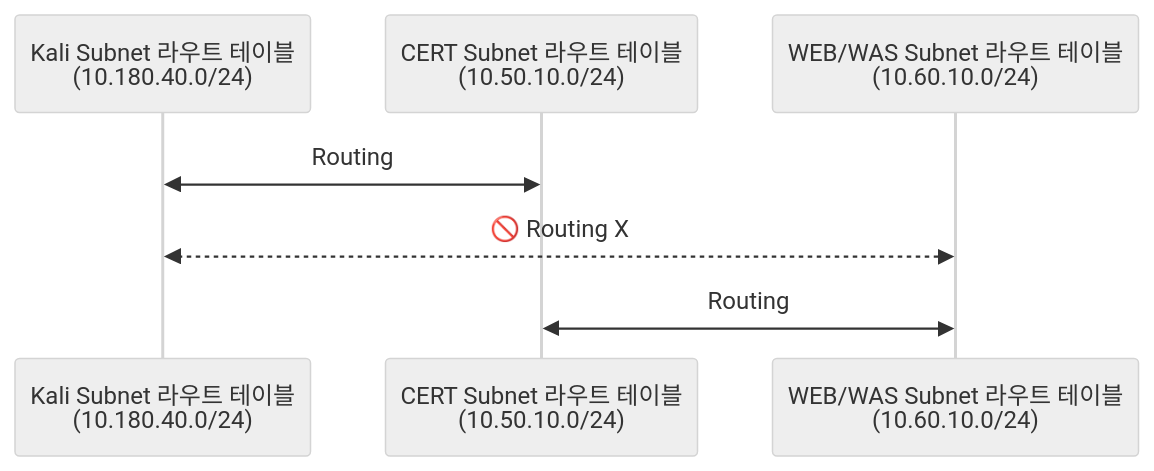
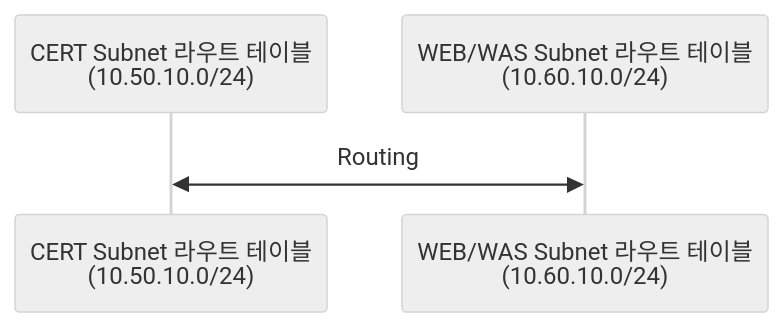
One commit to kintoun-secops/kintoun-infra changed the second of 3 diagrams in docs/modules/platform/connectivity.md. Above: the diagram before and after it, drawn with Mermaid (neutral theme). The commit also changed other lines of this file and 17 other files, not shown here.

````diff
--- a/docs/modules/platform/connectivity.md
+++ b/docs/modules/platform/connectivity.md
@@ -32,10 +26,7 @@
 ```mermaid
 sequenceDiagram
-    participant SUB1 as Kali Subnet 라우트 테이블<br/>(10.180.40.0/24)
     participant SUB3 as CERT Subnet 라우트 테이블<br/>(10.50.10.0/24)
     participant SUB2 as WEB/WAS Subnet 라우트 테이블<br/>(10.60.10.0/24)
 
-    SUB1<<->>SUB3: Routing
-    SUB1<<-->>SUB2: 🚫 Routing X
     SUB2<<->>SUB3: Routing
 ```
````
